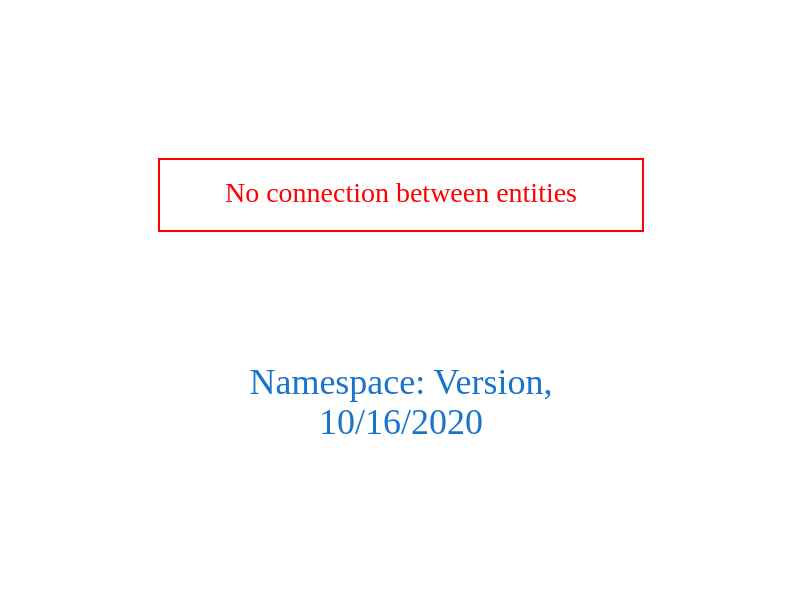
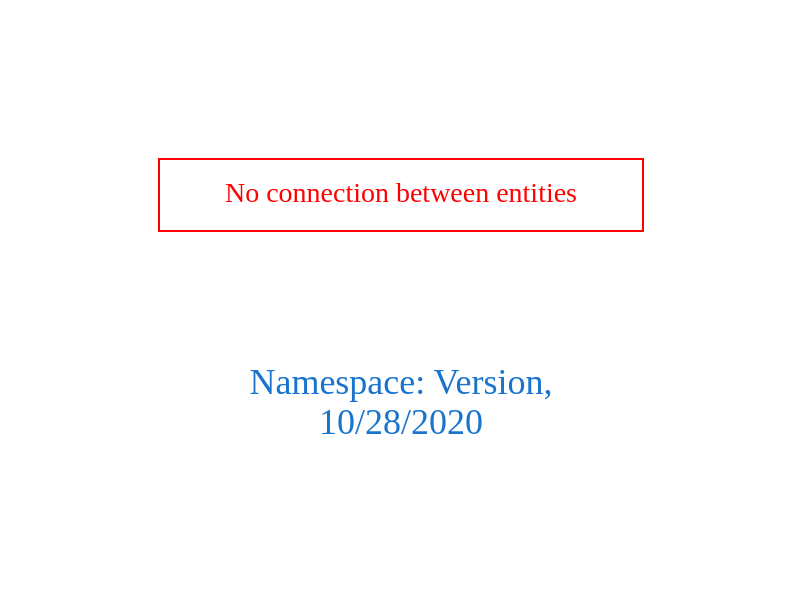
Before and after one commit to arago/OGIT: the diagram in downloads/Version.dot, drawn with Graphviz. The commit also changed 1830 other files, not shown here.

```diff
--- a/downloads/Version.dot
+++ b/downloads/Version.dot
@@ -1,9 +1,9 @@
 digraph OGIT_ontology {
  graph [ rankdir= LR,pad=1 
 fontsize = 18,
-fontcolor= dodgerblue3,label = "\n\n\nNamespace: Version, \n 10/16/2020"];
+fontcolor= dodgerblue3,label = "\n\n\nNamespace: Version, \n 10/28/2020"];
 node[shape=polygon];
 edge [  color="gray81"];
 
 "No connection between entities" [fontcolor = "red",color="red", shape="polygon"]
 }
```
